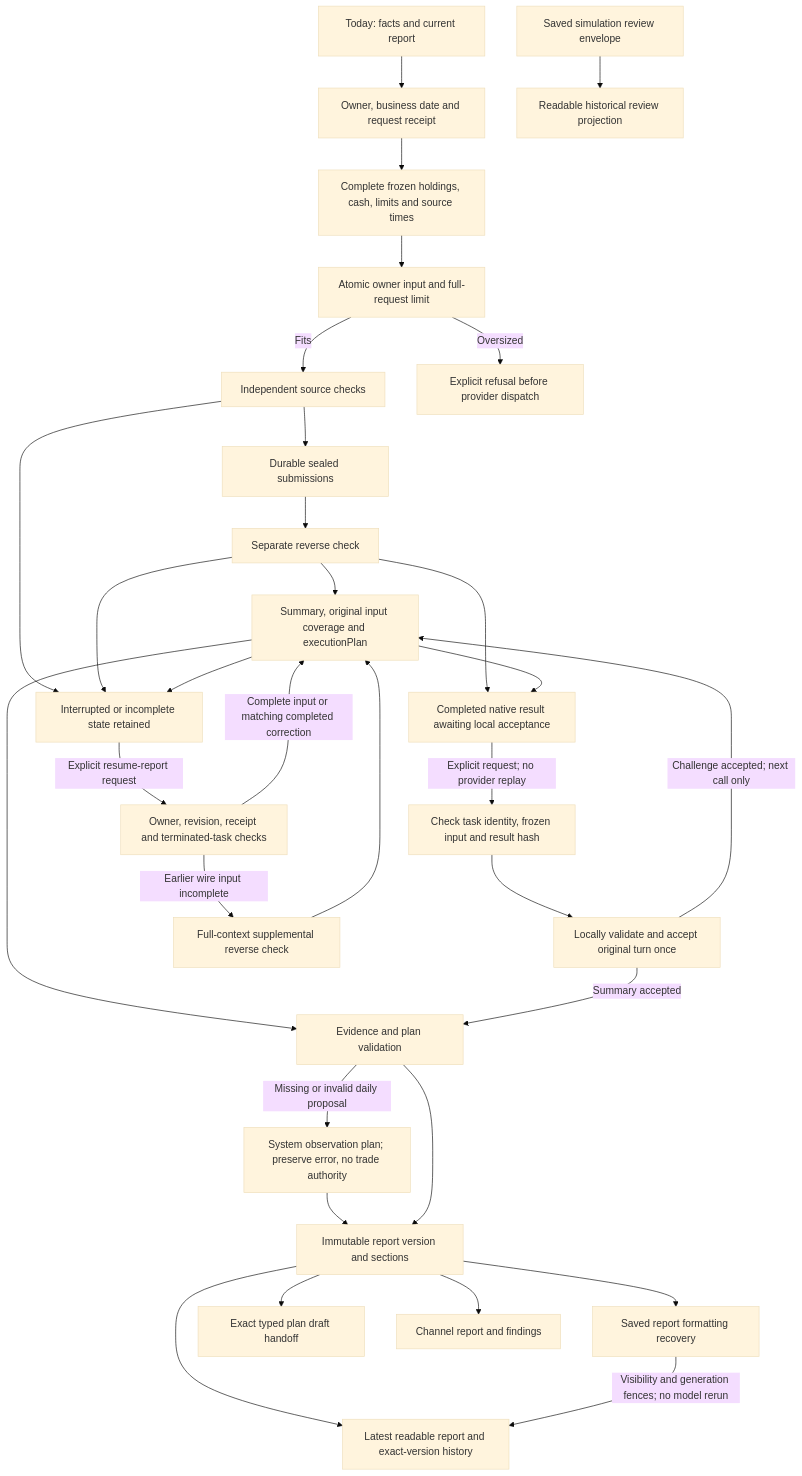
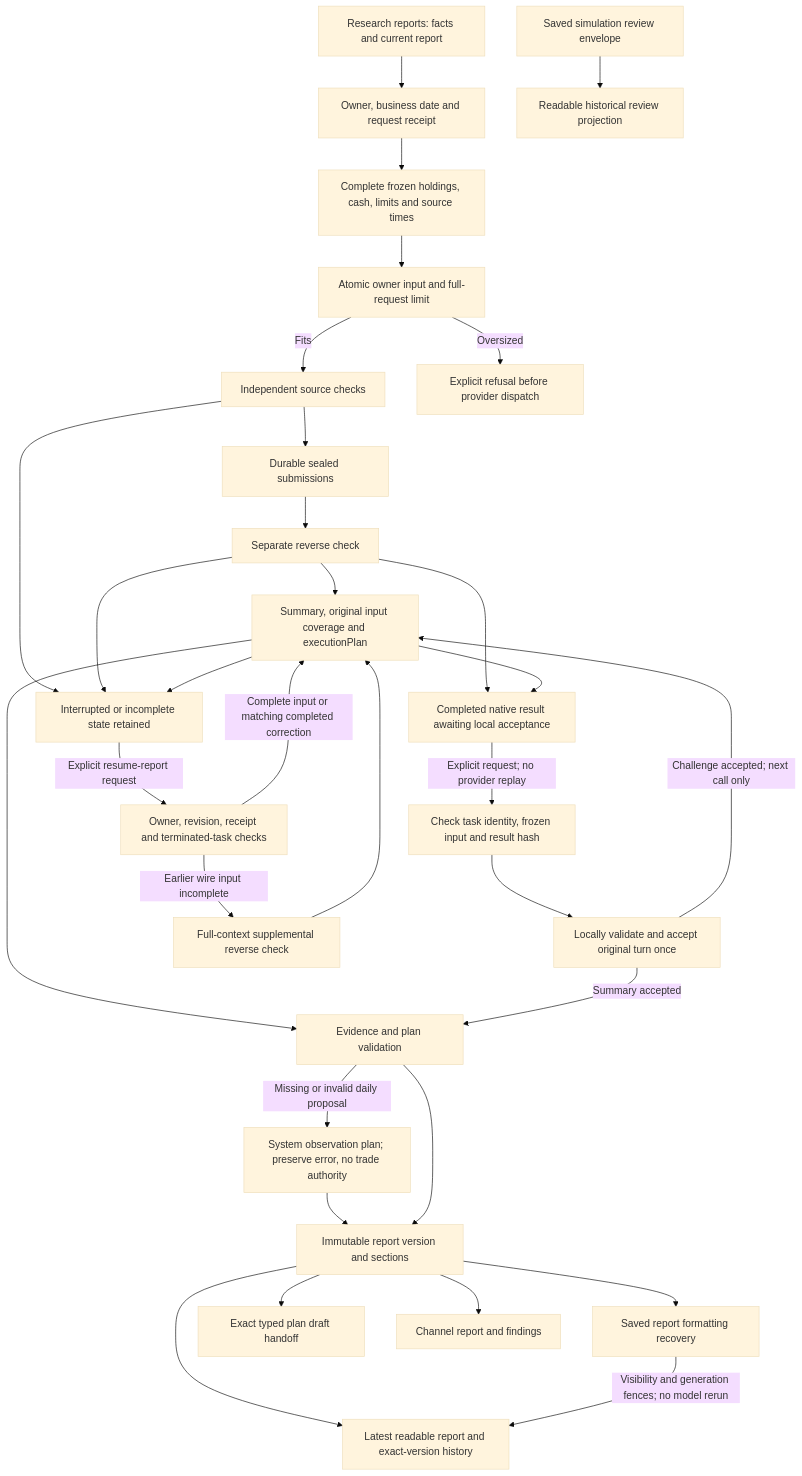
One commit to Lueyu/squabble changed the second of 5 diagrams in docs/architecture.md. Above: the diagram before and after it, drawn with Mermaid (base theme). The commit also changed other lines of this file and 17 other files, not shown here.

````diff
--- a/docs/architecture.md
+++ b/docs/architecture.md
@@ -69,34 +71,34 @@
 ```mermaid
 flowchart TD
-    today["Today: facts and current report"] --> request["Owner, business date and request receipt"]
+    today["Research reports: facts and current report"] --> request["Owner, business date and request receipt"]
     request --> frozen["Complete frozen holdings, cash, limits and source times"]
     frozen --> fit["Atomic owner input and full-request limit"]
     fit -->|"Fits"| independent["Independent source checks"]
     fit -->|"Oversized"| refuse["Explicit refusal before provider dispatch"]
     independent --> sealed["Durable sealed submissions"]
     sealed --> reverse["Separate reverse check"]
     reverse --> summary["Summary, original input coverage and executionPlan"]
     summary --> validate["Evidence and plan validation"]
     validate -->|"Missing or invalid daily proposal"| observationPlan["System observation plan; preserve error, no trade authority"]
     observationPlan --> archive
     validate --> archive["Immutable report version and sections"]
     archive --> reading["Latest readable report and exact-version history"]
     archive --> saved["Saved report formatting recovery"]
     saved -->|"Visibility and generation fences; no model rerun"| reading
     review["Saved simulation review envelope"] --> reviewProjection["Readable historical review projection"]
     archive --> handoff["Exact typed plan draft handoff"]
     archive --> channelSource["Channel report and findings"]
     independent --> interrupted["Interrupted or incomplete state retained"]
     reverse --> interrupted
     summary --> interrupted
     reverse --> returned["Completed native result awaiting local acceptance"]
     summary --> returned
     returned -->|"Explicit request; no provider replay"| reparse["Check task identity, frozen input and result hash"]
     reparse --> accept["Locally validate and accept original turn once"]
     accept -->|"Challenge accepted; next call only"| summary
     accept -->|"Summary accepted"| validate
     interrupted -->|"Explicit resume-report request"| resume["Owner, revision, receipt and terminated-task checks"]
     resume -->|"Earlier wire input incomplete"| correction["Full-context supplemental reverse check"]
     correction --> summary
     resume -->|"Complete input or matching completed correction"| summary
 ```
````
